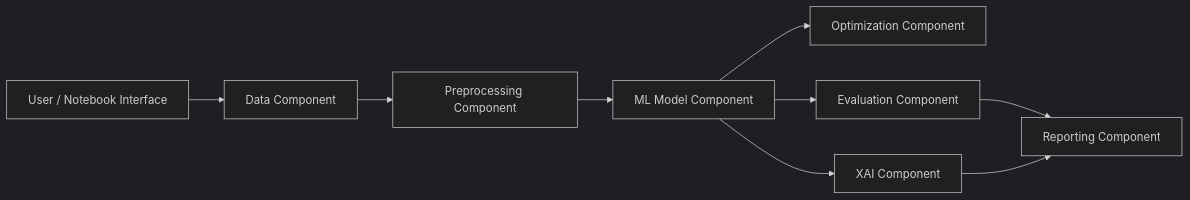
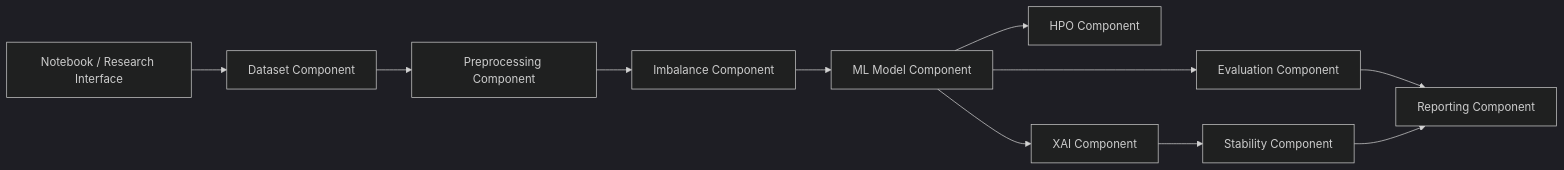
Before and after one commit to harshkhamkar26/Hyperparameter-Optimization-XAI: the fifth of 6 diagrams in docs/SEPM/07_UML_Diagrams.md, drawn with Mermaid (dark theme). The commit also changed other lines of this file, not shown here.

Commit message:
Update UML diagrams for final Bank Marketing research workflow

````diff
--- a/docs/SEPM/07_UML_Diagrams.md
+++ b/docs/SEPM/07_UML_Diagrams.md
@@ -114,11 +152,13 @@
 ```mermaid
 flowchart LR
-    UI[User / Notebook Interface] --> DATA[Data Component]
+    UI[Notebook / Research Interface] --> DATA[Dataset Component]
     DATA --> PREP[Preprocessing Component]
-    PREP --> MODEL[ML Model Component]
-    MODEL --> OPT[Optimization Component]
+    PREP --> IMB[Imbalance Component]
+    IMB --> MODEL[ML Model Component]
+    MODEL --> HPO[HPO Component]
     MODEL --> EVAL[Evaluation Component]
     MODEL --> XAI[XAI Component]
+    XAI --> STAB[Stability Component]
     EVAL --> REPORT[Reporting Component]
-    XAI --> REPORT
+    STAB --> REPORT
 ```
````
